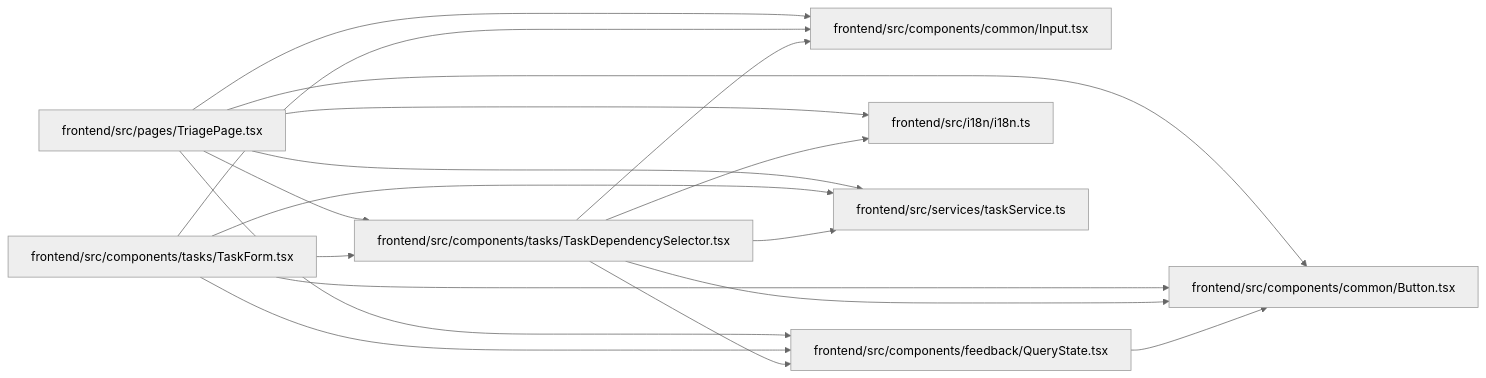
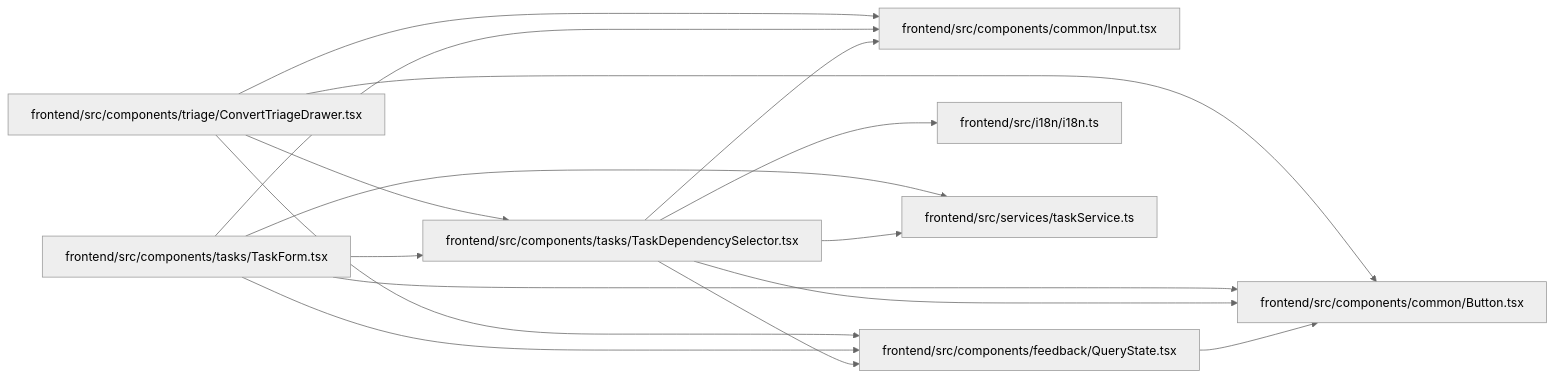
The diagram in docs/llm_wiki/modules/TaskDependencySelector.md (Denissvgn/WorkChord), drawn with Mermaid (neutral theme) before and after one commit. The commit also changed other lines of this file and 2373 other files, not shown here.

````diff
--- a/docs/llm_wiki/modules/TaskDependencySelector.md
+++ b/docs/llm_wiki/modules/TaskDependencySelector.md
@@ -32,36 +32,34 @@
 ```mermaid
 flowchart LR
     n0["frontend/src/components/common/Button.tsx"]
     n1["frontend/src/components/common/Input.tsx"]
     n2["frontend/src/components/feedback/QueryState.tsx"]
     n3["frontend/src/components/tasks/TaskDependencySelector.tsx"]
     n4["frontend/src/components/tasks/TaskForm.tsx"]
-    n5["frontend/src/i18n/i18n.ts"]
-    n6["frontend/src/pages/TriagePage.tsx"]
+    n5["frontend/src/components/triage/ConvertTriageDrawer.tsx"]
+    n6["frontend/src/i18n/i18n.ts"]
     n7["frontend/src/services/taskService.ts"]
     n2 --> n0
     n3 --> n0
     n3 --> n1
     n3 --> n2
-    n3 --> n5
+    n3 --> n6
     n3 --> n7
     n4 --> n0
     n4 --> n1
     n4 --> n2
     n4 --> n3
     n4 --> n7
-    n6 --> n0
-    n6 --> n1
-    n6 --> n2
-    n6 --> n3
-    n6 --> n5
-    n6 --> n7
+    n5 --> n0
+    n5 --> n1
+    n5 --> n2
+    n5 --> n3
     click n0 "../modules/Button.md"
     click n1 "../modules/Input.md"
     click n2 "../modules/QueryState.md"
     click n3 "../modules/TaskDependencySelector.md"
     click n4 "../modules/TaskForm.md"
-    click n5 "../modules/i18n.md"
-    click n6 "../modules/TriagePage.md"
+    click n5 "../modules/ConvertTriageDrawer.md"
+    click n6 "../modules/i18n.md"
     click n7 "../modules/taskService.md"
 ```
````
